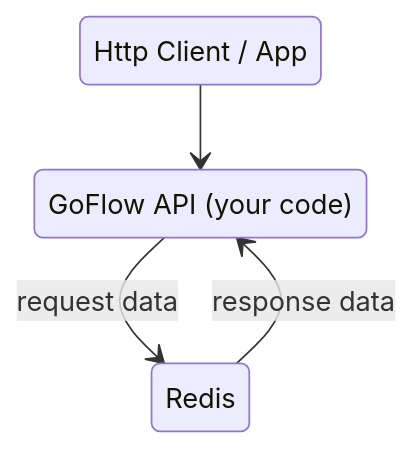
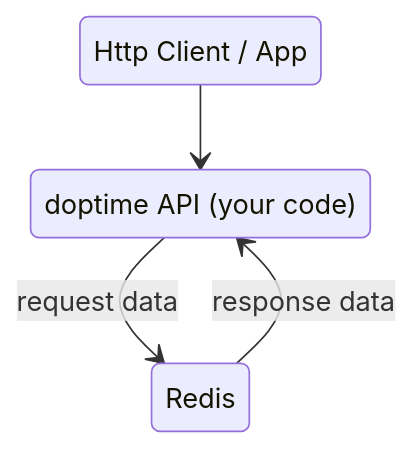
One commit to doptime/doptime-website changed the diagram in docs/getting-started/GoFlow工作原理图.mdx. Above: the diagram before and after it, drawn with Mermaid. The commit also changed other lines of this file and 17 other files, not shown here.

````diff
--- a/docs/getting-started/GoFlow工作原理图.mdx
+++ b/docs/getting-started/GoFlow工作原理图.mdx
@@ -15,8 +15,8 @@
 ```mermaid 
 stateDiagram-v2
 StateClient: Http Client / App
-GoFlow: GoFlow API (your code)
-StateClient --> GoFlow
-GoFlow --> Redis :request data
-Redis --> GoFlow : response data
+doptime: doptime API (your code)
+StateClient --> doptime
+doptime --> Redis :request data
+Redis --> doptime : response data
 ```
````
